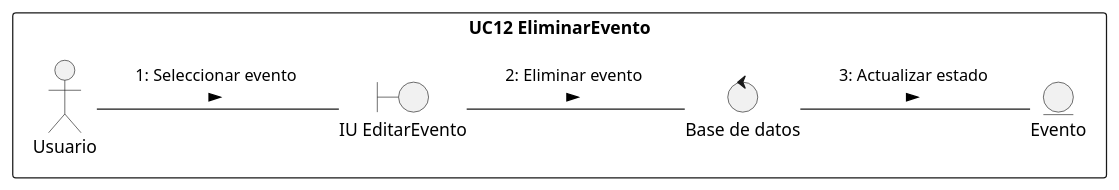
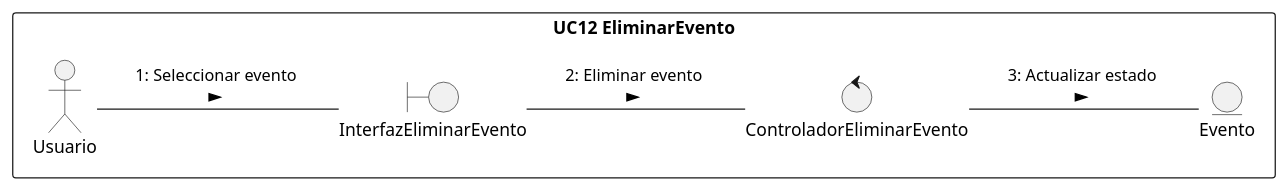
The diagram in docs/scenariosView/diagramas-de-colaboracion/DC12.plantuml (RolandoU548/Plataforma-Digital-IS), drawn with PlantUML before and after one commit. The commit also changed 15 other files, not shown here.

Commit message:
diagrama colaboracion

```diff
--- a/docs/scenariosView/diagramas-de-colaboracion/DC12.plantuml
+++ b/docs/scenariosView/diagramas-de-colaboracion/DC12.plantuml
@@ -1,30 +1,30 @@
-@startuml r11
+@startuml DC12
 /'
     Crear el diagrama de clases de análisis y de colaboración de los casos de uso prioritarios del proyecto.
 
     Para conseguir el diagrama de clases seguir los siguientes pasos:
 
     1. Identificar las clases Entidad (Modelo)
     2. Identificar las clases Interfaz (Vista)
     3. Identificar las clases Control (Controlador)
     4. Identificar las relaciones entre estas clases
     
     Este diagrama debe ser específico de un caso de uso y las clases deben ser representadas con sus estereotipos.
     
     Para conseguir el diagrama de colaboración, identifique las relaciones (enlaces) entre los objetos y los requerimientos (mensajes) sobre cada objeto involucrado en la descripción del caso de uso.
 '/
 left to right direction
 
 rectangle "UC12 EliminarEvento"{
     actor Usuario 
     entity Evento as e1
-    boundary "IU EditarEvento" as i1
-    control "Base de datos" as c1
+    boundary "InterfazEliminarEvento" as i1
+    control "ControladorEliminarEvento" as c1
 }
 Usuario -- i1 : "1: Seleccionar evento \n >"
 i1 -- c1 : "2: Eliminar evento \n >" 
 c1 -- e1 : "3: Actualizar estado \n >" 
 
 
 
 @enduml
```
